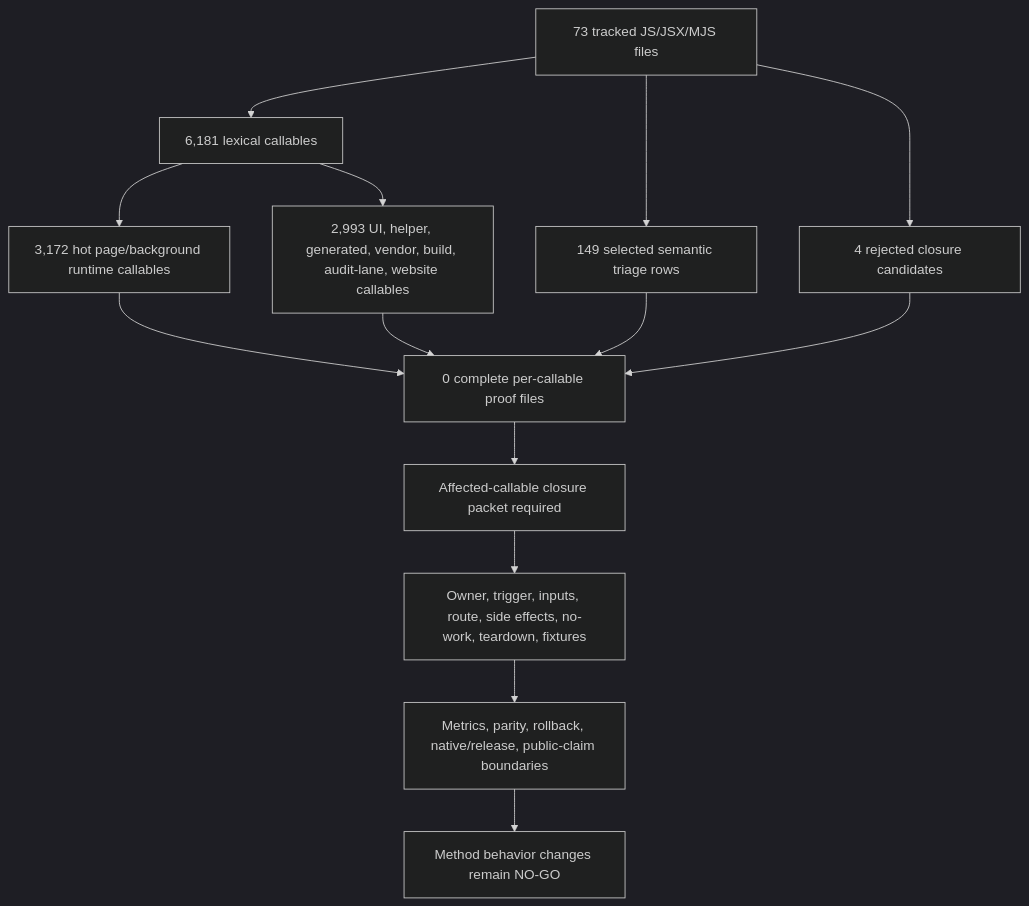
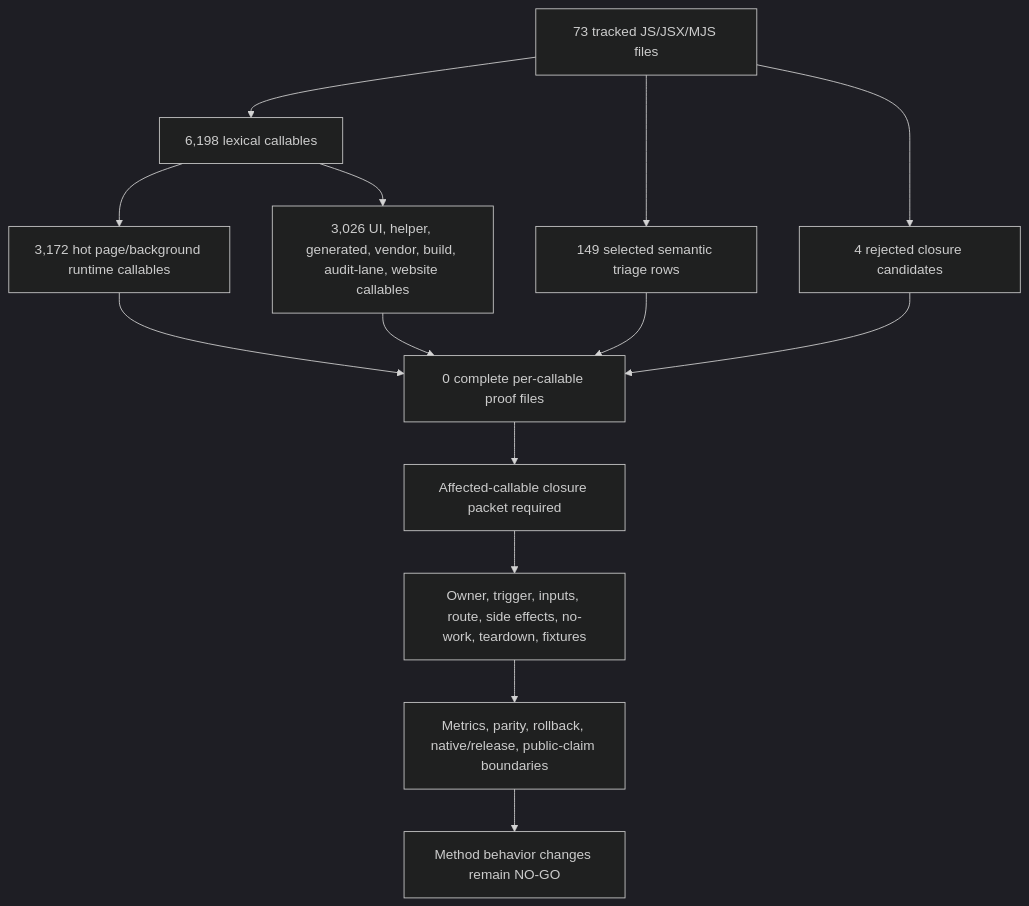
The first of 2 diagrams in docs/audit/FILTERTUBE_METHOD_SEMANTIC_PROOF_GAP_INDEX_CURRENT_BEHAVIOR_2026-05-25.md (varshneydevansh/FilterTube), drawn with Mermaid (dark theme) before and after one commit. The commit also changed other lines of this file and 74 other files, not shown here.

````diff
--- a/docs/audit/FILTERTUBE_METHOD_SEMANTIC_PROOF_GAP_INDEX_CURRENT_BEHAVIOR_2026-05-25.md
+++ b/docs/audit/FILTERTUBE_METHOD_SEMANTIC_PROOF_GAP_INDEX_CURRENT_BEHAVIOR_2026-05-25.md
@@ -147,16 +147,16 @@
 ```mermaid
 flowchart TD
-  A["73 tracked JS/JSX/MJS files"] --> B["6,181 lexical callables"]
+  A["73 tracked JS/JSX/MJS files"] --> B["6,198 lexical callables"]
   B --> C["3,172 hot page/background runtime callables"]
-  B --> D["2,993 UI, helper, generated, vendor, build, audit-lane, website callables"]
+  B --> D["3,026 UI, helper, generated, vendor, build, audit-lane, website callables"]
   A --> E["149 selected semantic triage rows"]
   A --> F["4 rejected closure candidates"]
   C --> G["0 complete per-callable proof files"]
   D --> G
   E --> G
   F --> G
   G --> H["Affected-callable closure packet required"]
   H --> I["Owner, trigger, inputs, route, side effects, no-work, teardown, fixtures"]
   I --> J["Metrics, parity, rollback, native/release, public-claim boundaries"]
   J --> K["Method behavior changes remain NO-GO"]
 ```
````
